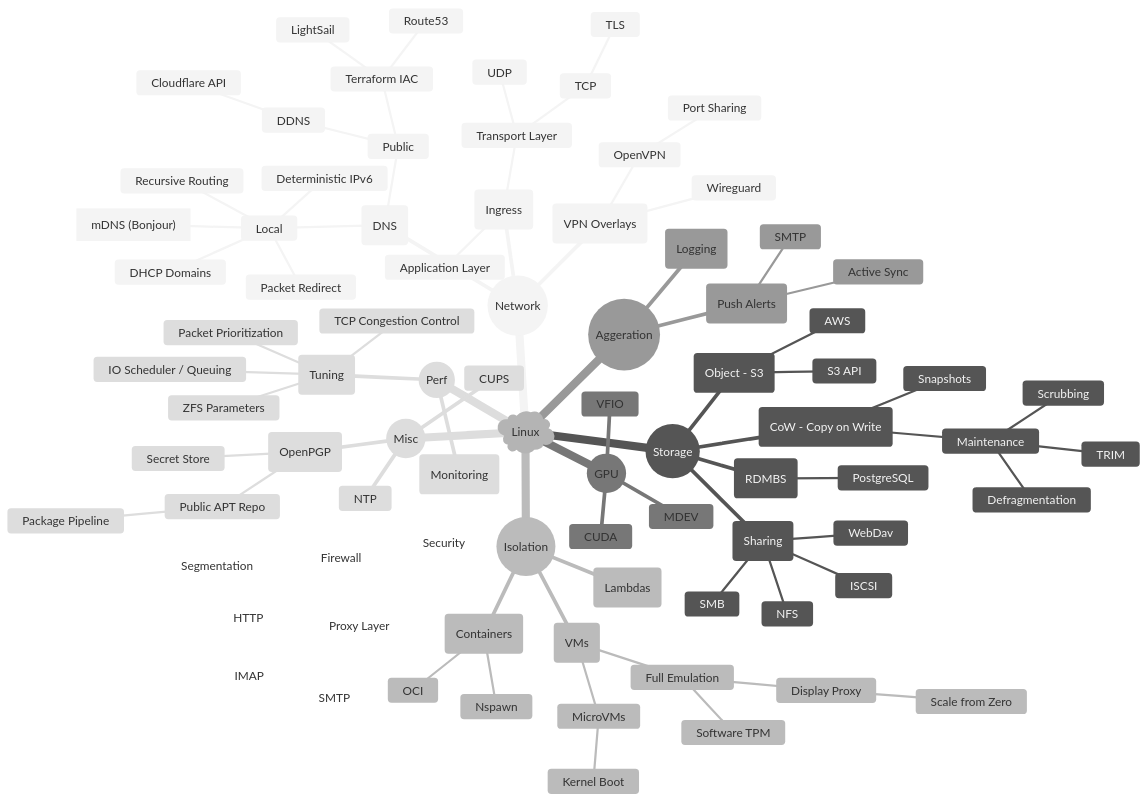
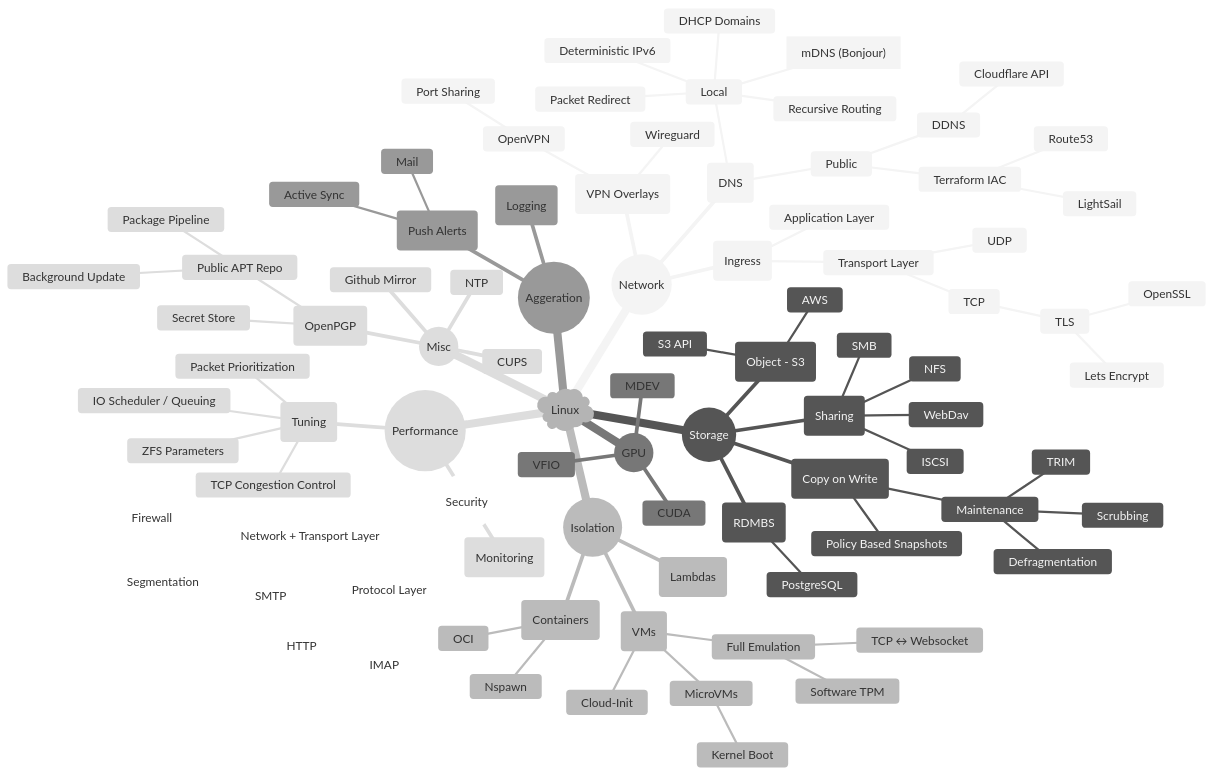
Before and after one commit to ms-jpq/lab: the first of 2 diagrams in doc/README.md, drawn with Mermaid (neutral theme). The commit also changed other lines of this file and 1 other file, not shown here.

````diff
--- a/doc/README.md
+++ b/doc/README.md
@@ -100,10 +100,12 @@
         Transport Layer
           TCP
             TLS
+              Lets Encrypt
+              OpenSSL
           UDP
     ((Storage))
-      (CoW - Copy on Write)
-        Snapshots
+      (Copy on Write)
+        Policy Based Snapshots
         Maintenance
           Defragmentation
           Scrubbing
@@ -120,12 +122,12 @@
         ISCSI
     ((Isolation))
       (VMs)
+        Cloud-Init
         MicroVMs
           Kernel Boot
         Full Emulation
           Software TPM
-          Display Proxy
-            Scale from Zero
+          TCP ↔ Websocket
       (Containers)
         Nspawn
         OCI
@@ -137,9 +139,9 @@
     ((Aggeration))
       (Logging)
       (Push Alerts)
-        SMTP
+        Mail
         Active Sync
-    ((Perf))
+    ((Performance))
       (Monitoring)
       (Tuning)
         TCP Congestion Control
@@ -147,9 +149,10 @@
         Packet Prioritization
         ZFS Parameters
     ((Security))
-      (Firewall)
+      (Network + Transport Layer)
+        Firewall
         Segmentation
-      (Proxy Layer)
+      (Protocol Layer)
         HTTP
         SMTP
         IMAP
@@ -157,7 +160,9 @@
       (OpenPGP)
         Public APT Repo
           Package Pipeline
+          Background Update
         Secret Store
       NTP
       CUPS
+      Github Mirror
 ```
````
